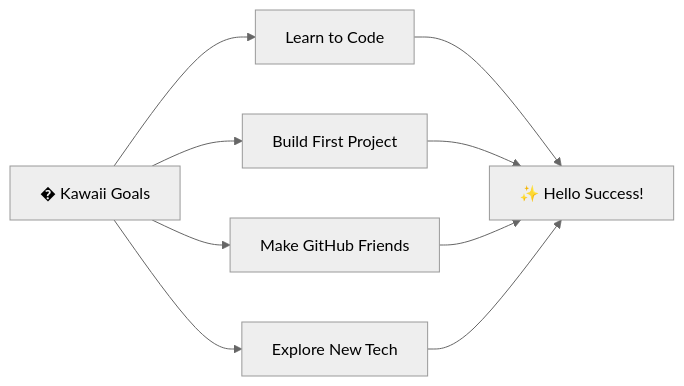
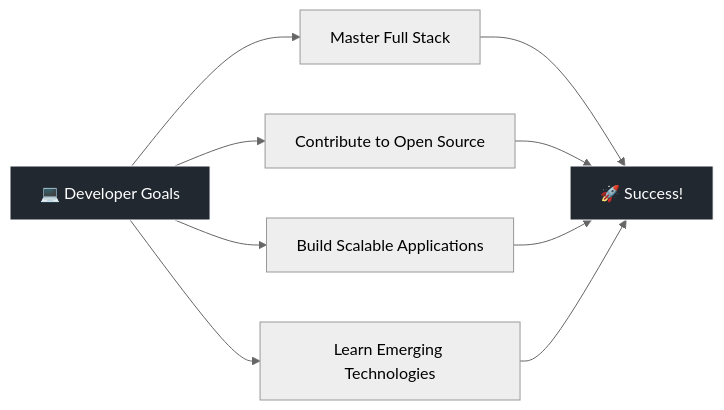
One commit to sadvoidhours/sadvoidhours changed the diagram in README.md. Above: the diagram before and after it, drawn with Mermaid (neutral theme). The commit also changed other lines of this file, not shown here.

````diff
--- a/README.md
+++ b/README.md
@@ -127,11 +132,13 @@
 ```mermaid
 graph LR
-    A[� Kawaii Goals] --> B[Learn to Code]
-    A --> C[Build First Project]
-    A --> D[Make GitHub Friends]
-    A --> E[Explore New Tech]
-    B --> F[✨ Hello Success!]
+    A[💻 Developer Goals] --> B[Master Full Stack]
+    A --> C[Contribute to Open Source]
+    A --> D[Build Scalable Applications]
+    A --> E[Learn Emerging Technologies]
+    B --> F[🚀 Success!]
     C --> F
     D --> F
     E --> F
+    style A fill:#212830,stroke:#FFFFFF,color:#fff
+    style F fill:#212830,stroke:#FFFFFF,color:#fff
 ```
````
